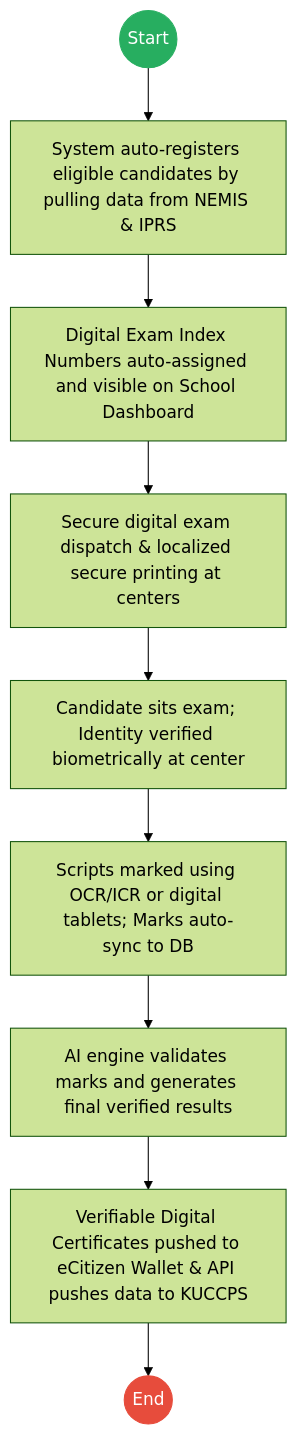
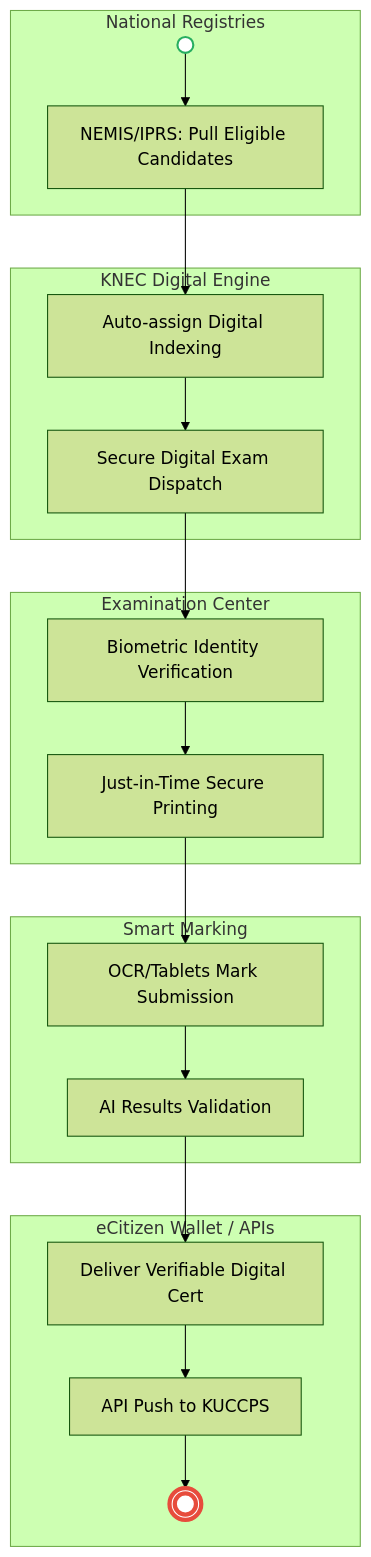
The second of 2 diagrams in mdas/docs_final/Kenya_National_Examinations_Council___Service_Delivery.md (BITZ-IT-Consulting-LTD/ictapoc), drawn with Mermaid (forest theme) before and after one commit. The commit also changed other lines of this file and 13 other files, not shown here.

````diff
--- a/mdas/docs_final/Kenya_National_Examinations_Council___Service_Delivery.md
+++ b/mdas/docs_final/Kenya_National_Examinations_Council___Service_Delivery.md
@@ -97,16 +99,30 @@
 ```mermaid
-graph TD
-    Start((Start)) --> T1
-    T1["System auto-registers eligible candidates by pulling data from NEMIS & IPRS"] --> T2
-    T2["Digital Exam Index Numbers auto-assigned and visible on School Dashboard"] --> T3
-    T3["Secure digital exam dispatch & localized secure printing at centers"] --> T4
-    T4["Candidate sits exam; Identity verified biometrically at center"] --> T5
-    T5["Scripts marked using OCR/ICR or digital tablets; Marks auto-sync to DB"] --> T6
-    T6["AI engine validates marks and generates final verified results"] --> T7
-    T7["Verifiable Digital Certificates pushed to eCitizen Wallet & API pushes data to KUCCPS"] --> End((End))
+flowchart TD
+    subgraph Registry["National Registries"]
+        Start(( )) --> T1[NEMIS/IPRS: Pull Eligible Candidates]
+    end
 
-    classDef start fill:#27ae60,stroke:#27ae60,color:#fff;
-    classDef endNode fill:#e74c3c,stroke:#e74c3c,color:#fff;
-    class Start start;
-    class End endNode;
+    subgraph KNEC["KNEC Digital Engine"]
+        T1 --> T2[Auto-assign Digital Indexing]
+        T2 --> T3[Secure Digital Exam Dispatch]
+    end
+
+    subgraph Center["Examination Center"]
+        T3 --> C1[Biometric Identity Verification]
+        C1 --> C2[Just-in-Time Secure Printing]
+    end
+
+    subgraph Assessment["Smart Marking"]
+        C2 --> D1[OCR/Tablets Mark Submission]
+        D1 --> D2[AI Results Validation]
+    end
+
+    subgraph Wallet["eCitizen Wallet / APIs"]
+        D2 --> E1[Deliver Verifiable Digital Cert]
+        E1 --> E2[API Push to KUCCPS]
+        E2 --> End((( )))
+    end
+
+    style Start fill:#fff,stroke:#27ae60,stroke-width:2px
+    style End fill:#fff,stroke:#e74c3c,stroke-width:4px
 ```
````
